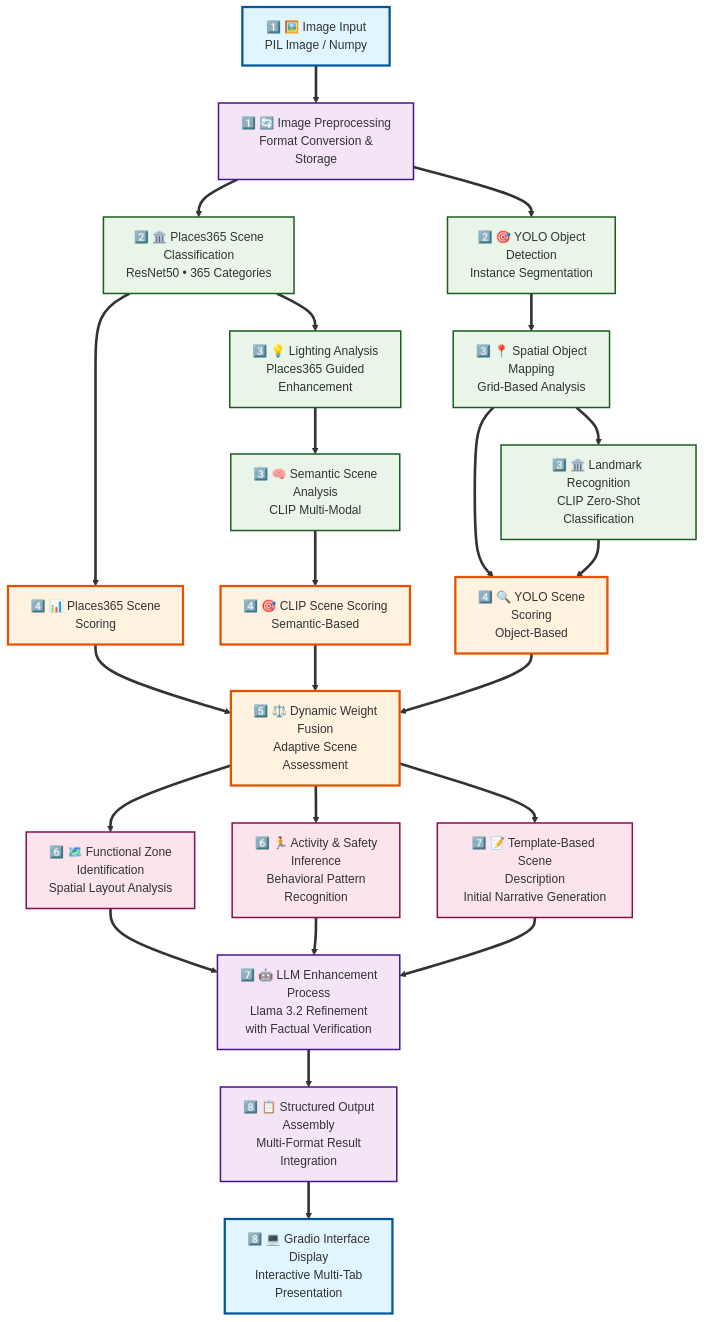
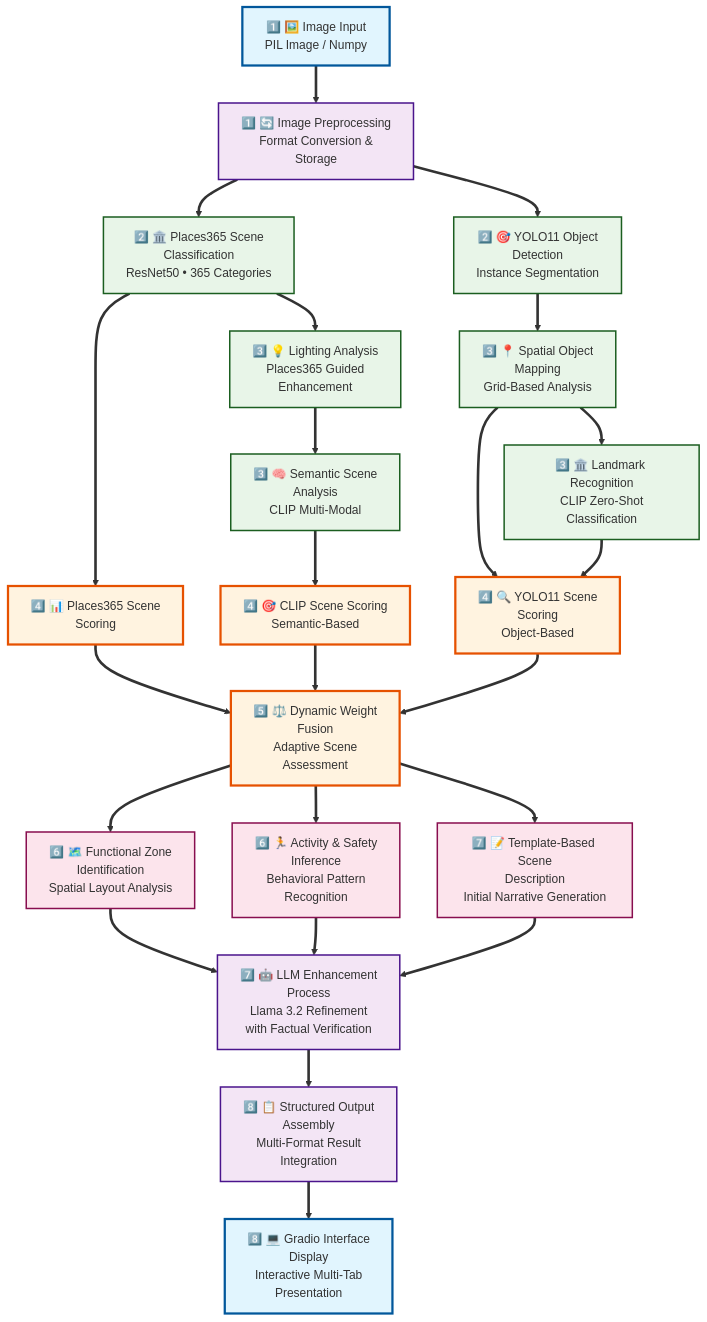
Before and after one commit to Eric-Chung-0511/Learning-Record: the first of 2 diagrams in Data Science Projects/VisionScout/README.md, drawn with Mermaid.

````diff
--- a/Data Science Projects/VisionScout/README.md
+++ b/Data Science Projects/VisionScout/README.md
@@ -55,46 +55,46 @@
 ```mermaid
 flowchart TD
     A["1️⃣ 🖼️ Image Input<br/>PIL Image / Numpy"] ==> B["1️⃣ 🔄 Image Preprocessing<br/>Format Conversion &<br/>Storage"]
     
     B ==> C["2️⃣ 🏛️ Places365 Scene<br/>Classification<br/>ResNet50 • 365 Categories"]
-    B ==> D["2️⃣ 🎯 YOLO Object<br/>Detection<br/>Instance Segmentation"]
+    B ==> D["2️⃣ 🎯 YOLO11 Object<br/>Detection<br/>Instance Segmentation"]
     
     C ==> E["3️⃣ 💡 Lighting Analysis<br/>Places365 Guided<br/>Enhancement"]
     D ==> F["3️⃣ 📍 Spatial Object<br/>Mapping<br/>Grid-Based Analysis"]
     
     E ==> G["3️⃣ 🧠 Semantic Scene<br/>Analysis<br/>CLIP Multi-Modal"]
     F ==> H["3️⃣ 🏛️ Landmark Recognition<br/>CLIP Zero-Shot<br/>Classification"]
     
     C ==> I["4️⃣ 📊 Places365 Scene<br/>Scoring"]
     G ==> J["4️⃣ 🎯 CLIP Scene Scoring<br/>Semantic-Based"]
-    F ==> K["4️⃣ 🔍 YOLO Scene<br/>Scoring<br/>Object-Based"]
+    F ==> K["4️⃣ 🔍 YOLO11 Scene<br/>Scoring<br/>Object-Based"]
     H ==> K
     
     I ==> L["5️⃣ ⚖️ Dynamic Weight<br/>Fusion<br/>Adaptive Scene<br/>Assessment"]
     J ==> L
     K ==> L
     
     L ==> M["6️⃣ 🗺️ Functional Zone<br/>Identification<br/>Spatial Layout Analysis"]
     L ==> N["6️⃣ 🏃 Activity & Safety<br/>Inference<br/>Behavioral Pattern<br/>Recognition"]
     L ==> O["7️⃣ 📝 Template-Based Scene<br/>Description<br/>Initial Narrative Generation"]
     
     M ==> P["7️⃣ 🤖 LLM Enhancement<br/>Process<br/>Llama 3.2 Refinement<br/>with Factual Verification"]
     N ==> P
     O ==> P
     
     P ==> Q["8️⃣ 📋 Structured Output<br/>Assembly<br/>Multi-Format Result<br/>Integration"]
     
     Q ==> R["8️⃣ 💻 Gradio Interface<br/>Display<br/>Interactive Multi-Tab<br/>Presentation"]
 
     classDef inputOutput fill:#e1f5fe,stroke:#01579b,stroke-width:3px
     classDef processing fill:#f3e5f5,stroke:#4a148c,stroke-width:2px
     classDef analysis fill:#e8f5e8,stroke:#1b5e20,stroke-width:2px
     classDef fusion fill:#fff3e0,stroke:#e65100,stroke-width:3px
     classDef generation fill:#fce4ec,stroke:#880e4f,stroke-width:2px
     
     class A,R inputOutput
     class B,P,Q processing
     class C,D,E,F,G,H analysis
     class I,J,K,L fusion
     class M,N,O generation
 ```
````
